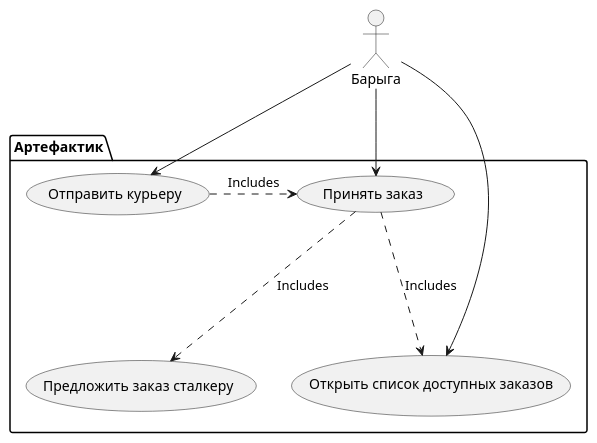
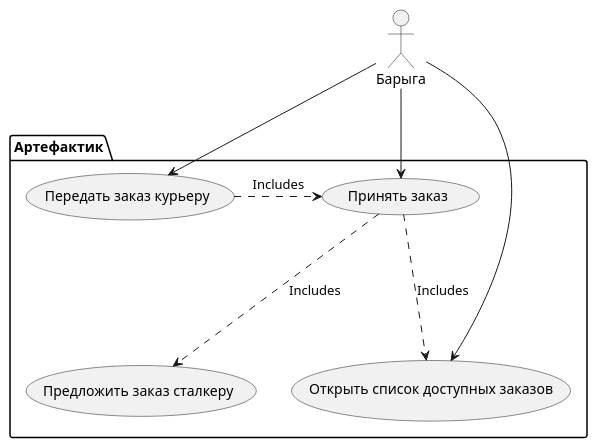
One commit to avdosev/itmo-software-diagrams changed the diagram in use-cases/huckster/accept_order.puml. Above: the diagram before and after it, drawn with PlantUML. The commit also changed 1 other file, not shown here.

```diff
--- a/use-cases/huckster/accept_order.puml
+++ b/use-cases/huckster/accept_order.puml
@@ -1,21 +1,21 @@
 @startuml
 actor Барыга as Client
 
 package Артефактик {
     usecase "Принять заказ" as AcceptOrder
     usecase "Открыть список доступных заказов" as ListOrders
     
     usecase "Предложить заказ сталкеру" as SuggestToStalker
-    usecase "Отправить курьеру" as Courier
+    usecase "Передать заказ курьеру" as Courier
 
     AcceptOrder .-down-> ListOrders: "Includes"
 
     AcceptOrder .-down-> SuggestToStalker: "Includes"
     Courier .> AcceptOrder: "Includes"
 }
 
 Client --> AcceptOrder
 Client --> ListOrders
 
 Client --> Courier
 @enduml
```
